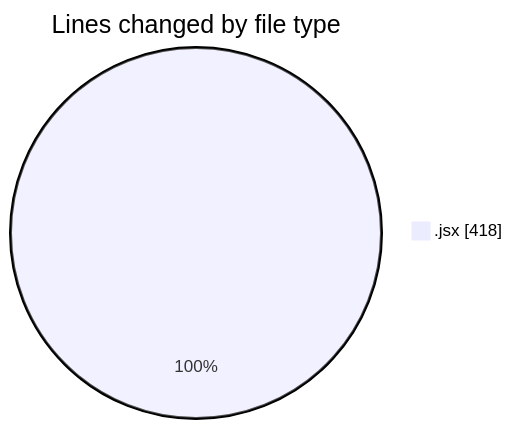
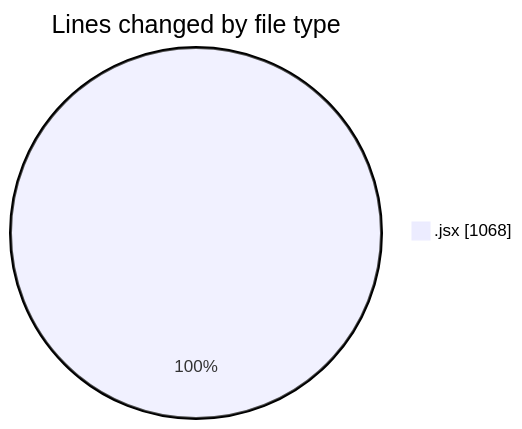
One commit to nxtqubesakshisongat/code-tracking changed the first of 2 diagrams in 2025-08-01/nxtqube_webapp/README.md. Above: the diagram before and after it, drawn with Mermaid. The commit also changed other lines of this file and 1 other file, not shown here.

````diff
--- a/2025-08-01/nxtqube_webapp/README.md
+++ b/2025-08-01/nxtqube_webapp/README.md
@@ -22,5 +23,5 @@
 ```mermaid
 pie showData
 title Lines changed by file type
-".jsx" : 418
+".jsx" : 1068
 ```
````
